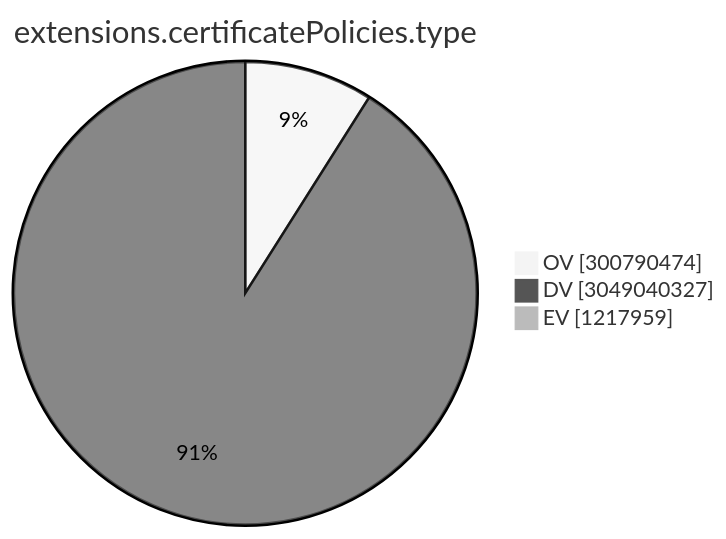
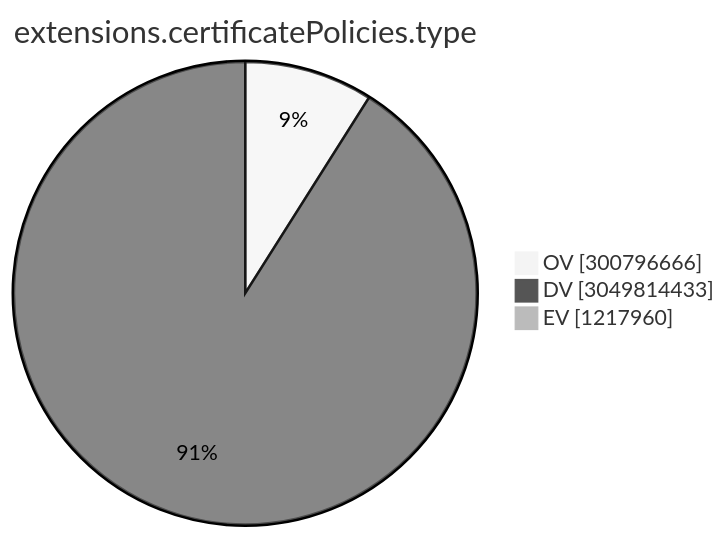
One commit to christiankrug/ctmonitor_visualization changed the ninth of 15 diagrams in TOTAL/README.md. Above: the diagram before and after it, drawn with Mermaid (neutral theme). The commit also changed other lines of this file, not shown here.

````diff
--- a/TOTAL/README.md
+++ b/TOTAL/README.md
@@ -3102,7 +3102,7 @@
 ```mermaid
 pie showData
 title extensions.certificatePolicies.type
-"OV" :300790474
-"DV" :3049040327
-"EV" :1217959
+"OV" :300796666
+"DV" :3049814433
+"EV" :1217960
 ```
````
